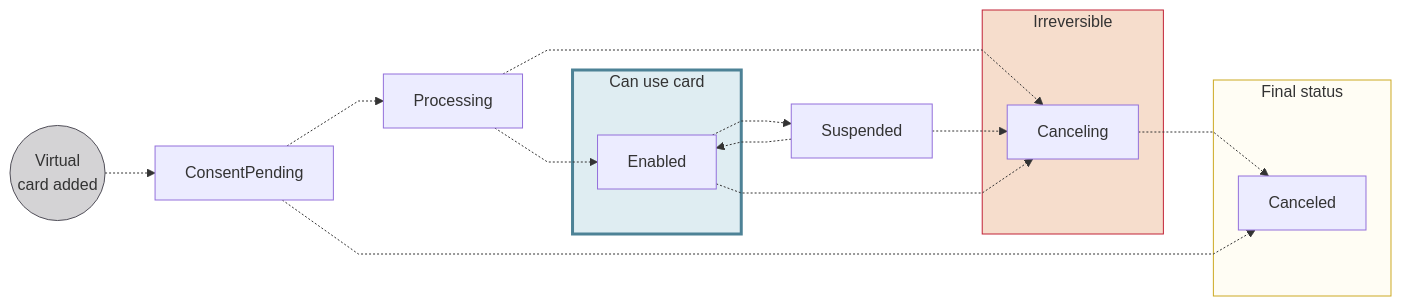
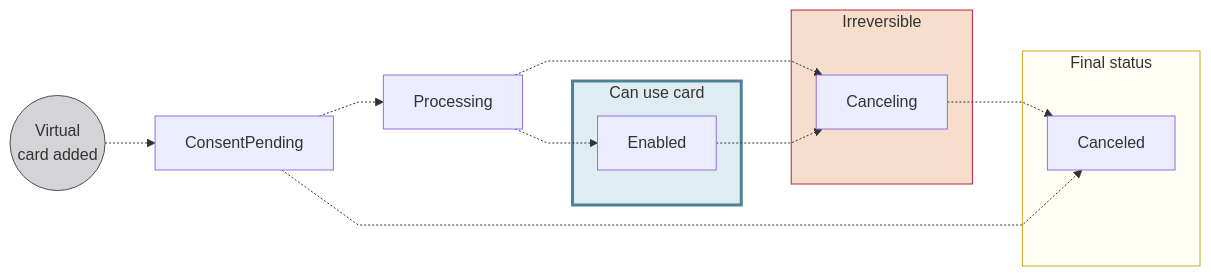
Before and after one commit to swan-io/docs: the diagram in docs/topics/cards/virtual/index.mdx, drawn with Mermaid. The commit also changed other lines of this file and 30 other files, not shown here.

````diff
--- a/docs/topics/cards/virtual/index.mdx
+++ b/docs/topics/cards/virtual/index.mdx
@@ -67,27 +67,24 @@
 ```mermaid
 %%{ init: { 'flowchart': { 'curve': 'linear' } } }%%
 flowchart LR
     VA((Virtual<br/>card added)) -.-> CP[ConsentPending]
     CP -.-> P[Processing]
     P -.-> E[Enabled]
-    E -.-> S[Suspended]
-    S -.-> E
     P -.-> CL
-    S -.-> CL
     E -.-> CL[Canceling]
     CL -.-> CD[Canceled]
     CP -.-> CD
     subgraph U[Can use card]
         E
     end
     subgraph IR[Irreversible]
         CL
     end
     subgraph F[Final status]
         CD
     end
     style VA fill:#D4D3D5,stroke:#514F59
     style F fill:#fffdf4,stroke:#cca922
     style IR fill:#f6ddcc,stroke:#c12236
     style U fill:#dfedf2,stroke:#4d8296,stroke-width:3px
 ```
````
